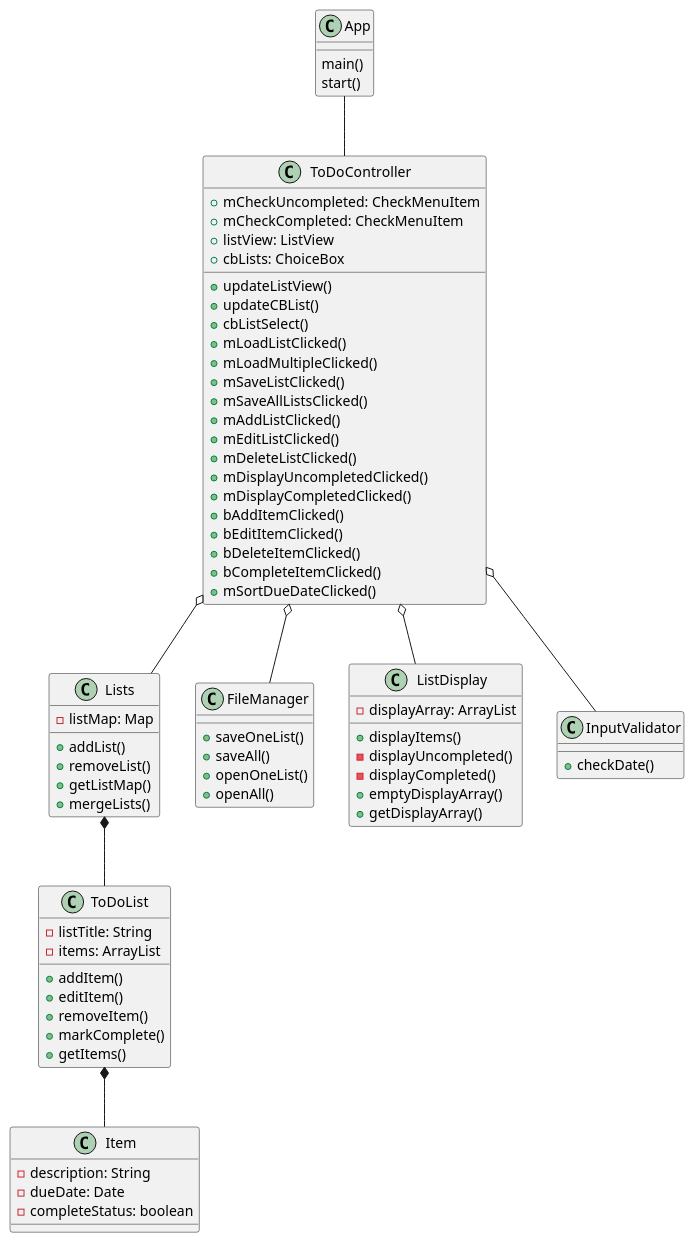
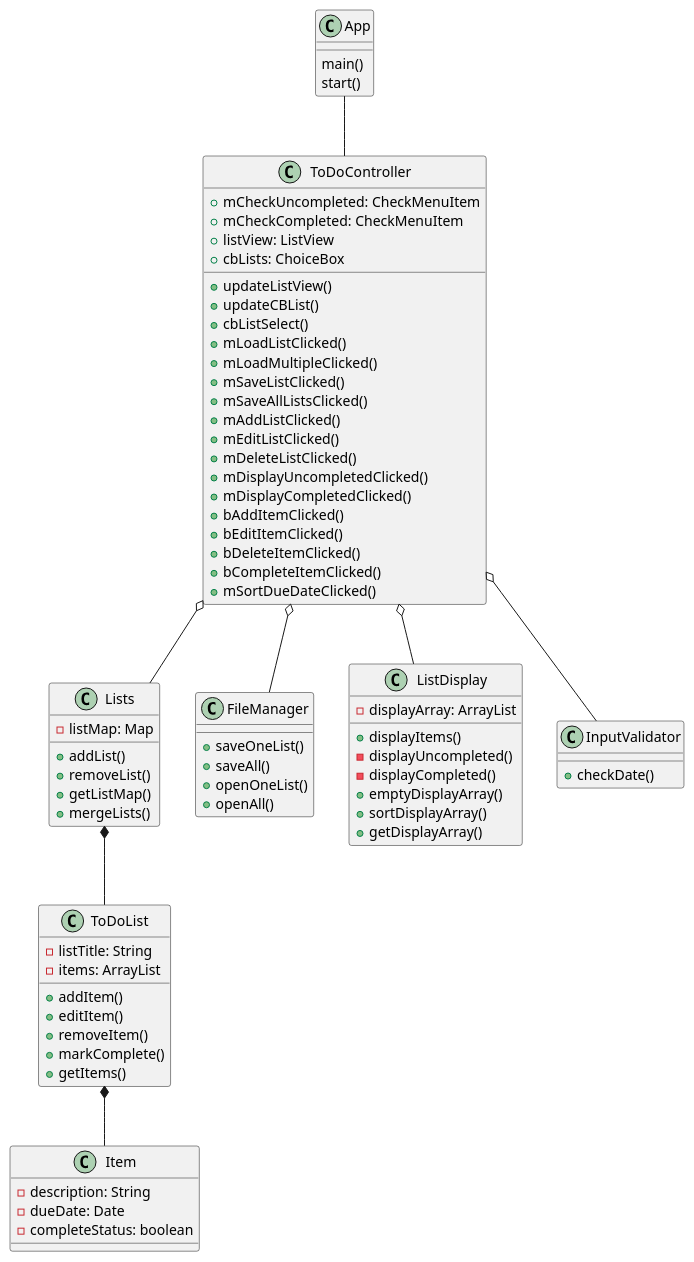
Before and after one commit to kingraham228/Ingraham-cop3330-assignment4: the diagram in uml/ToDoList.puml, drawn with PlantUML.

Commit message:
6/30/21 3.55

```diff
--- a/uml/ToDoList.puml
+++ b/uml/ToDoList.puml
@@ -1,85 +1,86 @@
 @startuml
 class Item{
 -description: String
 -dueDate: Date
 -completeStatus: boolean
 }
 
 class ToDoList{
 -listTitle: String
 -items: ArrayList
 +addItem()
 +editItem()
 +removeItem()
 +markComplete()
 +getItems()
 }
 
 class Lists{
 -listMap: Map
 +addList()
 +removeList()
 +getListMap()
 +mergeLists()
 }
 
 class FileManager{
 +saveOneList()
 +saveAll()
 +openOneList()
 +openAll()
 }
 
 class ListDisplay{
 -displayArray: ArrayList
 +displayItems()
 -displayUncompleted()
 -displayCompleted()
 +emptyDisplayArray()
++sortDisplayArray()
 +getDisplayArray()
 }
 
 class ToDoController{
 +mCheckUncompleted: CheckMenuItem
 +mCheckCompleted: CheckMenuItem
 +listView: ListView
 +cbLists: ChoiceBox
 +updateListView()
 +updateCBList()
 +cbListSelect()
 +mLoadListClicked()
 +mLoadMultipleClicked()
 +mSaveListClicked()
 +mSaveAllListsClicked()
 +mAddListClicked()
 +mEditListClicked()
 +mDeleteListClicked()
 +mDisplayUncompletedClicked()
 +mDisplayCompletedClicked()
 +bAddItemClicked()
 +bEditItemClicked()
 +bDeleteItemClicked()
 +bCompleteItemClicked()
 +mSortDueDateClicked()
 }
 
 class App{
 main()
 start()
 }
 
 class InputValidator{
 +checkDate()
 }
 
 
 
 
 App -- ToDoController
 ToDoController o-- Lists
 ToDoController o-- ListDisplay
 ToDoController o-- FileManager
 ToDoController o-- InputValidator
 Lists *-- ToDoList
 ToDoList *-- Item
 @enduml
```
